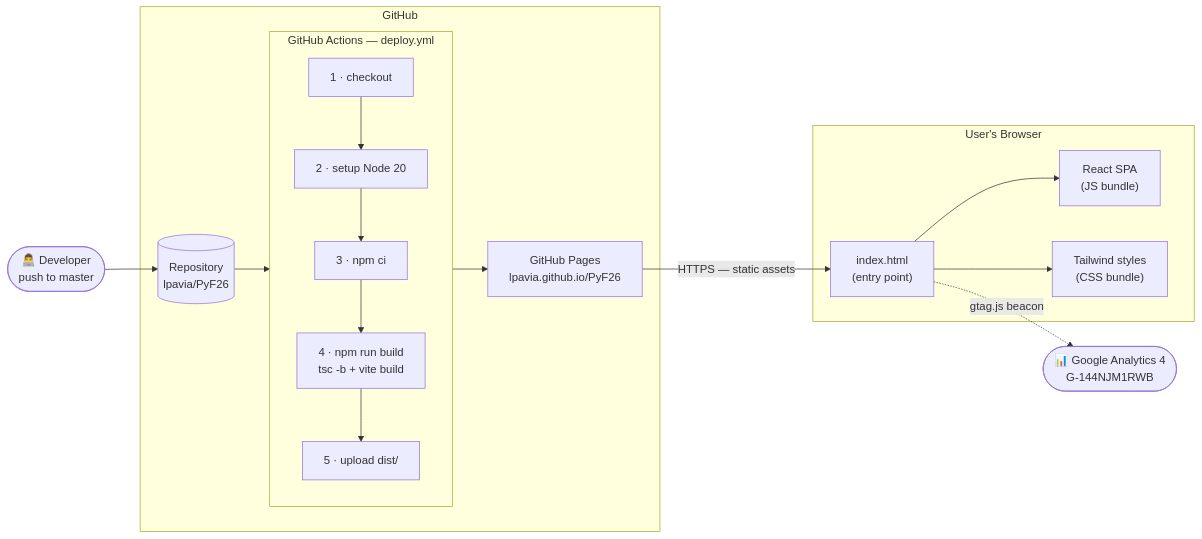
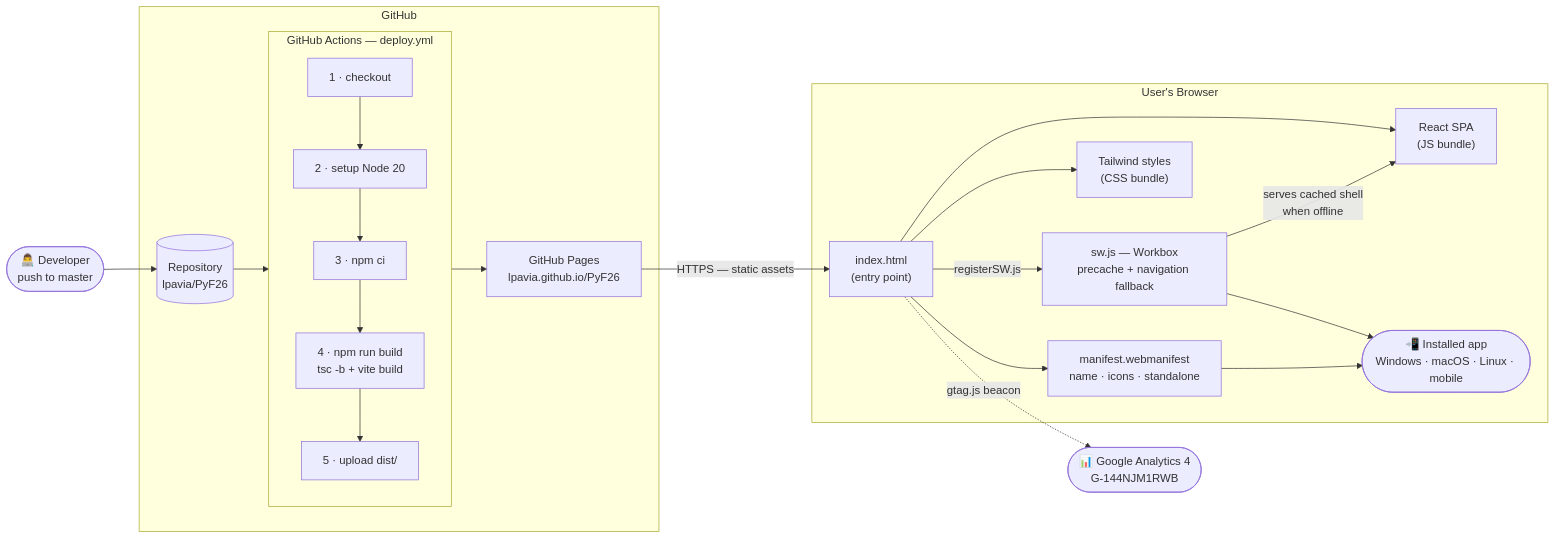
The first of 3 diagrams in docs/architecture.md (lpavia/PyF26), drawn with Mermaid before and after one commit. The commit also changed other lines of this file and 11 other files, not shown here.

````diff
--- a/docs/architecture.md
+++ b/docs/architecture.md
@@ -12,34 +13,42 @@
 ```mermaid
 flowchart LR
     DEV(["👨‍💻 Developer\npush to master"])
 
     subgraph GITHUB ["GitHub"]
         REPO[("Repository\nlpavia/PyF26")]
         subgraph ACTIONS ["GitHub Actions — deploy.yml"]
             direction TB
             A1["1 · checkout"]
             A2["2 · setup Node 20"]
             A3["3 · npm ci"]
             A4["4 · npm run build\ntsc -b + vite build"]
             A5["5 · upload dist/"]
             A1 --> A2 --> A3 --> A4 --> A5
         end
         PAGES["GitHub Pages\nlpavia.github.io/PyF26"]
     end
 
     subgraph BROWSER ["User's Browser"]
         HTML["index.html\n(entry point)"]
         APP["React SPA\n(JS bundle)"]
         CSS["Tailwind styles\n(CSS bundle)"]
+        SW["sw.js — Workbox\nprecache + navigation fallback"]
+        MF["manifest.webmanifest\nname · icons · standalone"]
+        INST(["📲 Installed app\nWindows · macOS · Linux · mobile"])
     end
 
     GA(["📊 Google Analytics 4\nG-144NJM1RWB"])
 
     DEV --> REPO
     REPO --> ACTIONS
     A5 --> PAGES
     PAGES -->|"HTTPS — static assets"| HTML
     HTML --> APP
     HTML --> CSS
+    HTML -->|"registerSW.js"| SW
+    HTML --> MF
+    SW -->|"serves cached shell\nwhen offline"| APP
+    MF --> INST
+    SW --> INST
     HTML -.->|"gtag.js beacon"| GA
 ```
````
